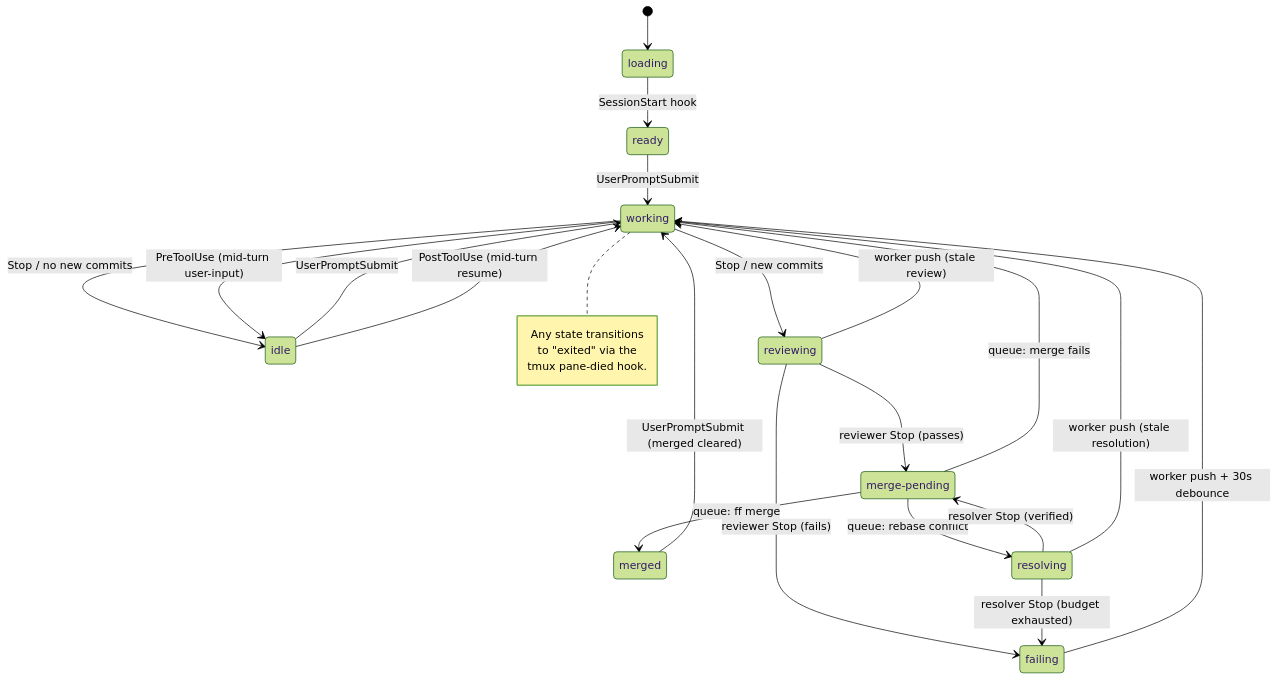
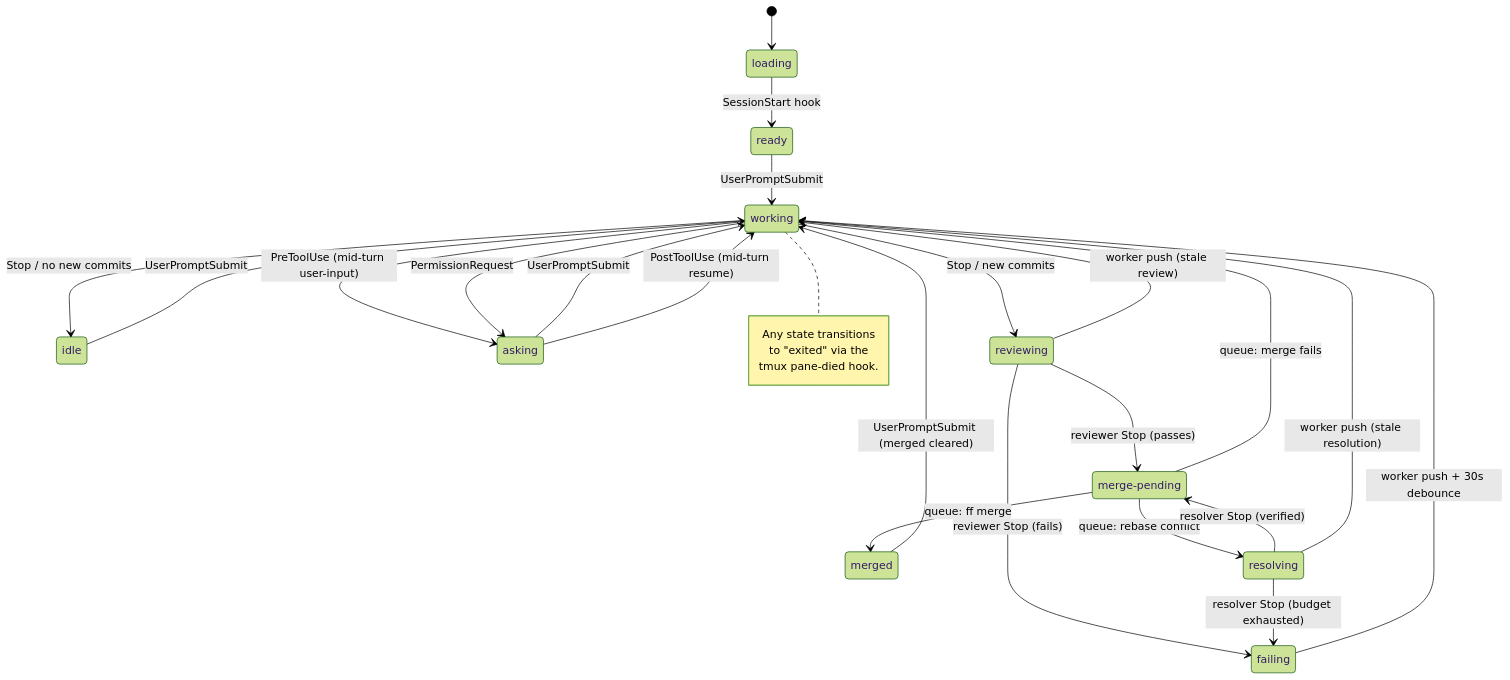
Before and after one commit to keychanger/garden: the first of 4 diagrams in src/dashboard/STATUS.md, drawn with Mermaid (forest theme). The commit also changed other lines of this file and 8 other files, not shown here.

````diff
--- a/src/dashboard/STATUS.md
+++ b/src/dashboard/STATUS.md
@@ -56,37 +58,40 @@
 ```mermaid
 stateDiagram-v2
     [*] --> loading
     loading --> ready : SessionStart hook
     ready --> working : UserPromptSubmit
 
     working --> idle : Stop / no new commits
-    working --> idle : PreToolUse (mid-turn user-input)
+    working --> asking : PreToolUse (mid-turn user-input)
+    working --> asking : PermissionRequest
     working --> reviewing : Stop / new commits
 
     idle --> working : UserPromptSubmit
-    idle --> working : PostToolUse (mid-turn resume)
+
+    asking --> working : UserPromptSubmit
+    asking --> working : PostToolUse (mid-turn resume)
 
     reviewing --> merge_pending : reviewer Stop (passes)
     reviewing --> failing : reviewer Stop (fails)
     reviewing --> working : worker push (stale review)
 
     merge_pending --> merged : queue: ff merge
     merge_pending --> resolving : queue: rebase conflict
     merge_pending --> working : queue: merge fails
 
     resolving --> merge_pending : resolver Stop (verified)
     resolving --> failing : resolver Stop (budget exhausted)
     resolving --> working : worker push (stale resolution)
 
     merged --> working : UserPromptSubmit (merged cleared)
 
     failing --> working : worker push + 30s debounce
 
     state "merge-pending" as merge_pending
 
     note right of working
         Any state transitions
         to "exited" via the
         tmux pane-died hook.
     end note
 ```
````
